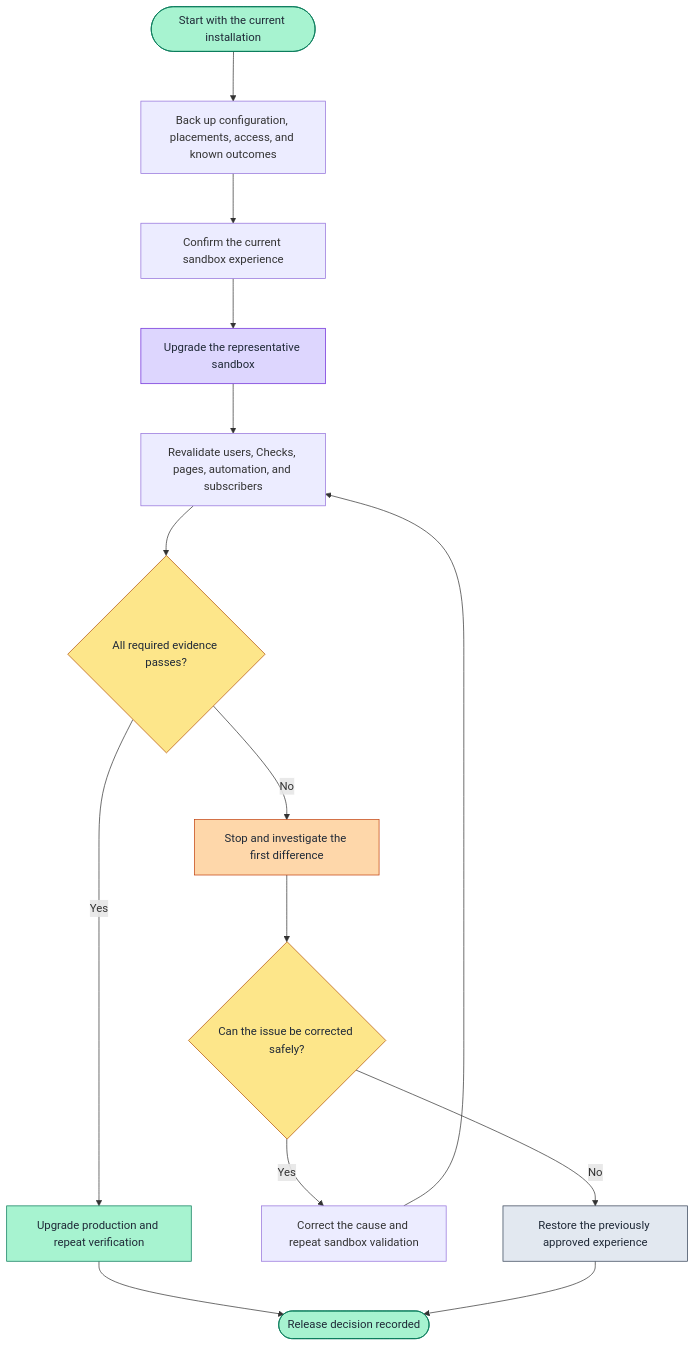
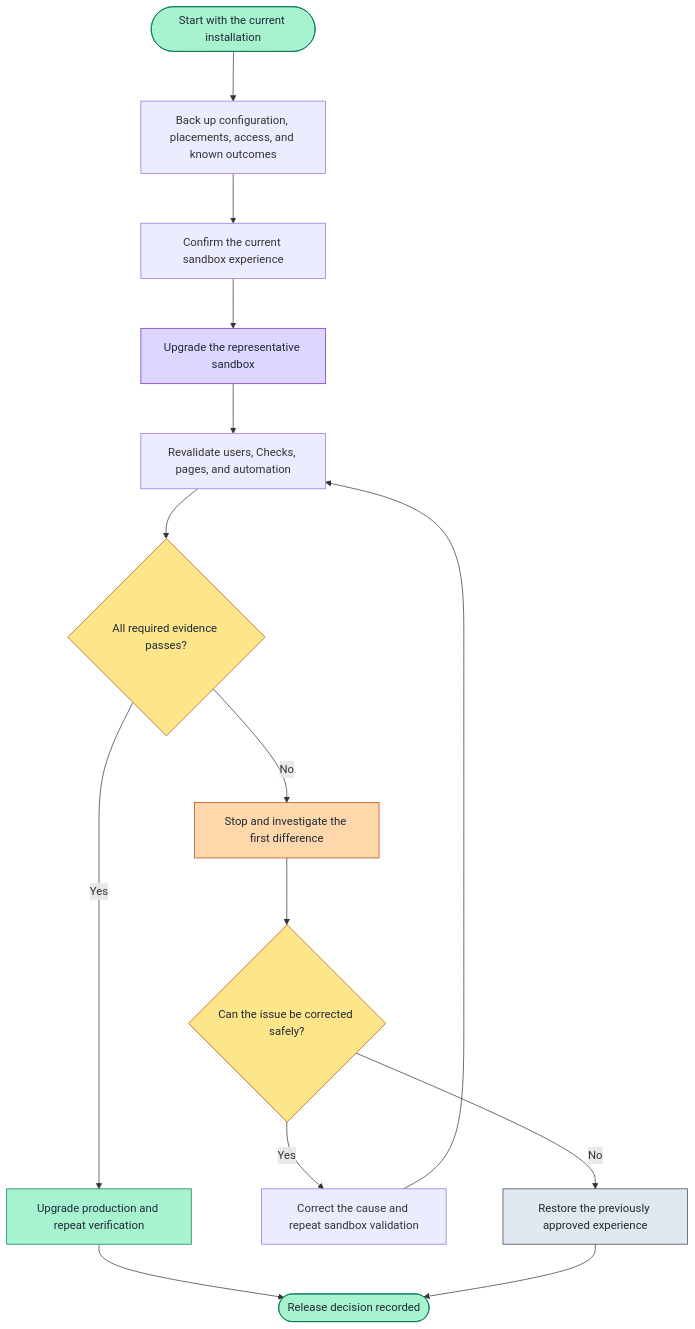
The diagram in docs/installation/upgrading.md (gkolan/record-health-check), drawn with Mermaid before and after one commit. The commit also changed other lines of this file and 121 other files, not shown here.

````diff
--- a/docs/installation/upgrading.md
+++ b/docs/installation/upgrading.md
@@ -15,31 +15,31 @@
 ```mermaid
 %%{init: {"flowchart": {"nodeSpacing": 80, "rankSpacing": 70}} }%%
 flowchart TB
     start(["Start with the current installation"])
     backup["Back up configuration, placements, access, and known outcomes"]
     baseline["Confirm the current sandbox experience"]
     upgrade["Upgrade the representative sandbox"]
-    verify["Revalidate users, Checks, pages, automation, and subscribers"]
+    verify["Revalidate users, Checks, pages, and automation"]
     passed{"All required evidence passes?"}
     production["Upgrade production and repeat verification"]
     investigate["Stop and investigate the first difference"]
     recover{"Can the issue be corrected safely?"}
     retry["Correct the cause and repeat sandbox validation"]
     restore["Restore the previously approved experience"]
     finish(["Release decision recorded"])
 
     start --> backup --> baseline --> upgrade --> verify --> passed
     passed -->|"Yes"| production --> finish
     passed -->|"No"| investigate --> recover
     recover -->|"Yes"| retry --> verify
     recover -->|"No"| restore --> finish
 
     style start fill:#a7f3d0,stroke:#047857,color:#1f2937
     style finish fill:#a7f3d0,stroke:#047857,color:#1f2937
     style passed fill:#fde68a,stroke:#b45309,color:#1f2937
     style recover fill:#fde68a,stroke:#b45309,color:#1f2937
     style upgrade fill:#ddd6fe,stroke:#6d28d9,color:#1f2937
     style production fill:#a7f3d0,stroke:#047857,color:#1f2937
     style investigate fill:#fed7aa,stroke:#c2410c,color:#1f2937
     style restore fill:#e2e8f0,stroke:#334155,color:#1f2937
 ```
````
